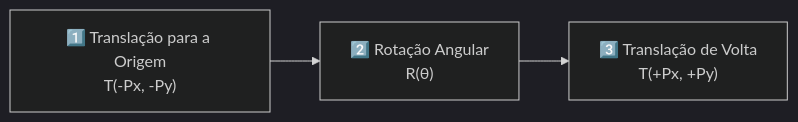
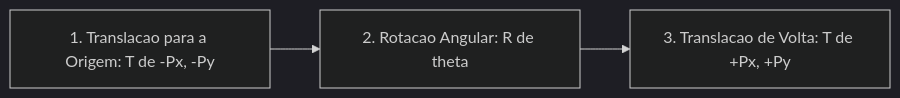
The diagram in docs/src/content/docs/cg2d/algebra-linear-e-matrizes.md (Gabriel-Freitas-S/CGPDI.StudyLab), drawn with Mermaid (dark theme) before and after one commit. The commit also changed other lines of this file and 35 other files, not shown here.

Commit message:
docs: aprimorar linguagem didatica e suporte nativo a diagramas Mermaid

````diff
--- a/docs/src/content/docs/cg2d/algebra-linear-e-matrizes.md
+++ b/docs/src/content/docs/cg2d/algebra-linear-e-matrizes.md
@@ -70,5 +50,5 @@
 ```mermaid
 graph LR
-    A["1️⃣ Translação para a Origem\nT(-Px, -Py)"] --> B["2️⃣ Rotação Angular\nR(θ)"]
-    B --> C["3️⃣ Translação de Volta\nT(+Px, +Py)"]
+    A[1. Translacao para a Origem: T de -Px, -Py] --> B[2. Rotacao Angular: R de theta]
+    B --> C[3. Translacao de Volta: T de +Px, +Py]
 ```
````
